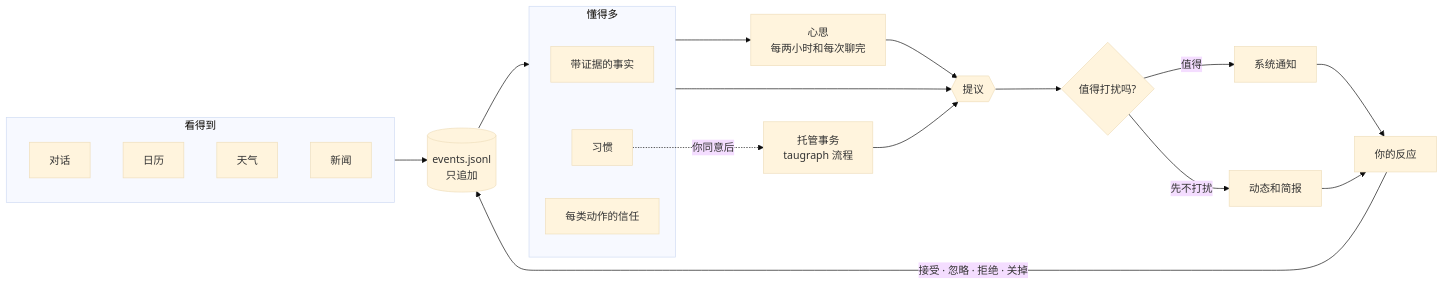
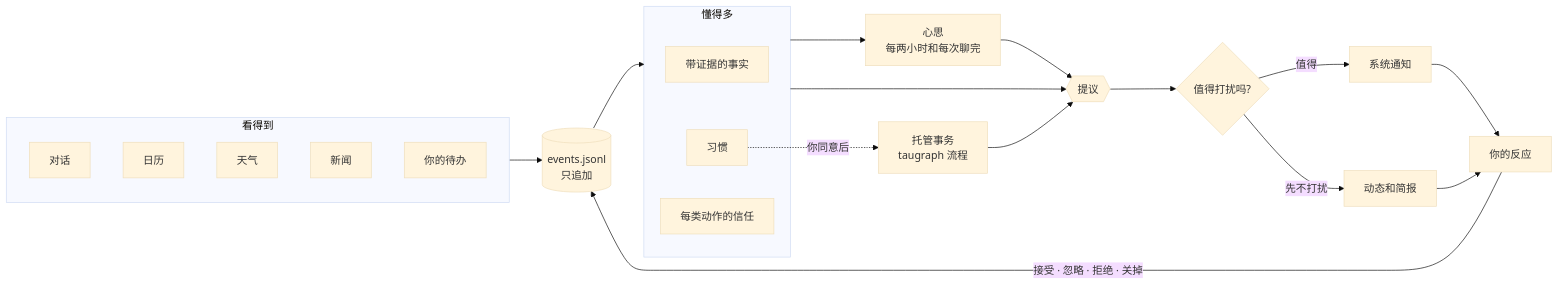
The first of 2 diagrams in README.zh-CN.md (lycenxx/moqi), drawn with Mermaid (base theme) before and after one commit. The commit also changed other lines of this file and 8 other files, not shown here.

````diff
--- a/README.zh-CN.md
+++ b/README.zh-CN.md
@@ -17,30 +17,31 @@
 ```mermaid
 flowchart LR
   subgraph notice [看得到]
     talk[对话]
     cal[日历]
     wx[天气]
     rss[新闻]
+    todo[你的待办]
   end
   log[("events.jsonl<br/>只追加")]
   subgraph understand [懂得多]
     facts[带证据的事实]
     routines[习惯]
     trust[每类动作的信任]
   end
   watches[托管事务<br/>taugraph 流程]
   think[心思<br/>每两小时和每次聊完]
   offer{{提议}}
   gate{值得打扰吗?}
   notice --> log --> understand
   understand --> think --> offer
   understand --> offer
   watches --> offer
   routines -.->|你同意后| watches
   offer --> gate
   gate -->|值得| notify[系统通知]
   gate -->|先不打扰| feed[动态和简报]
   notify --> react[你的反应]
   feed --> react
   react -->|接受 · 忽略 · 拒绝 · 关掉| log
 ```
````
